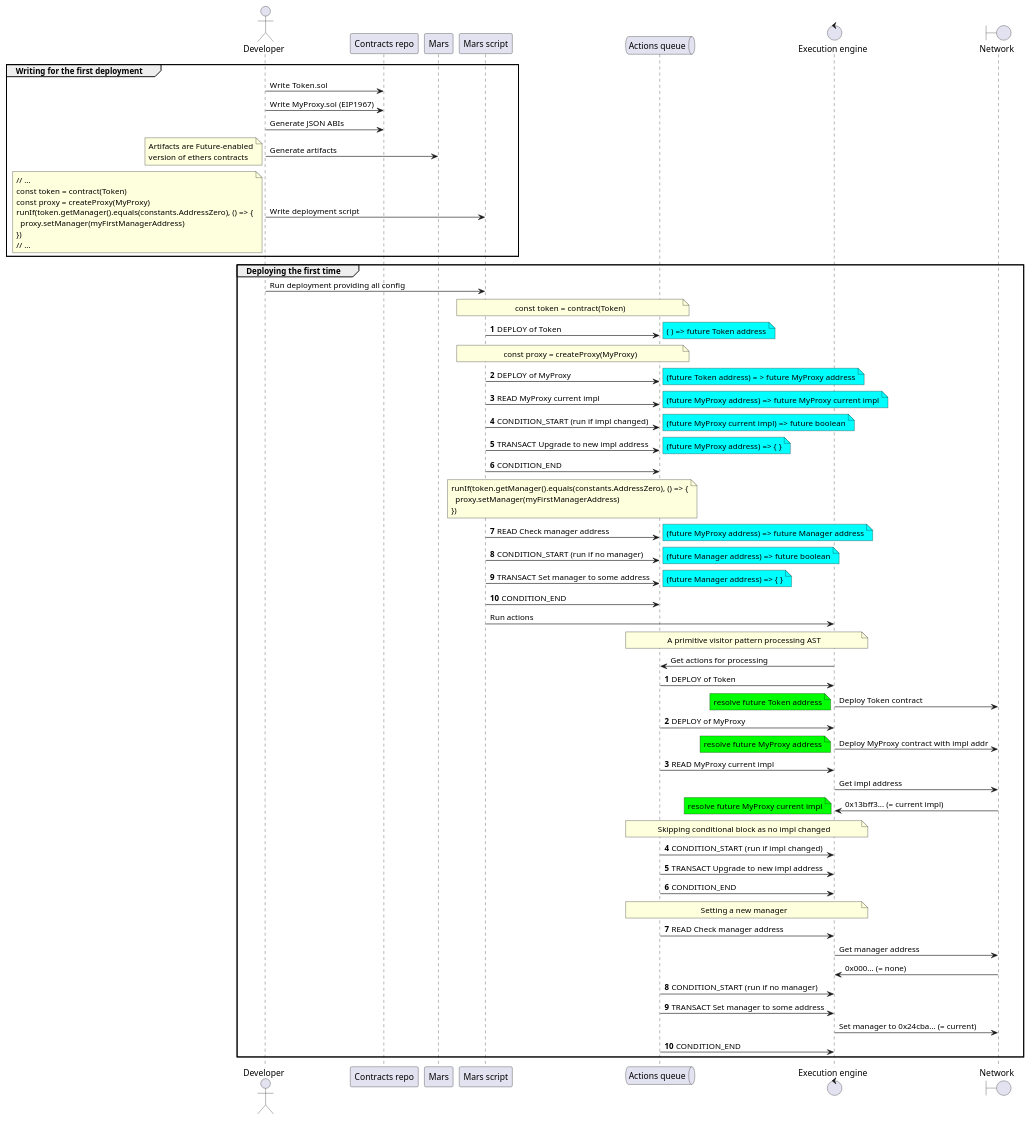
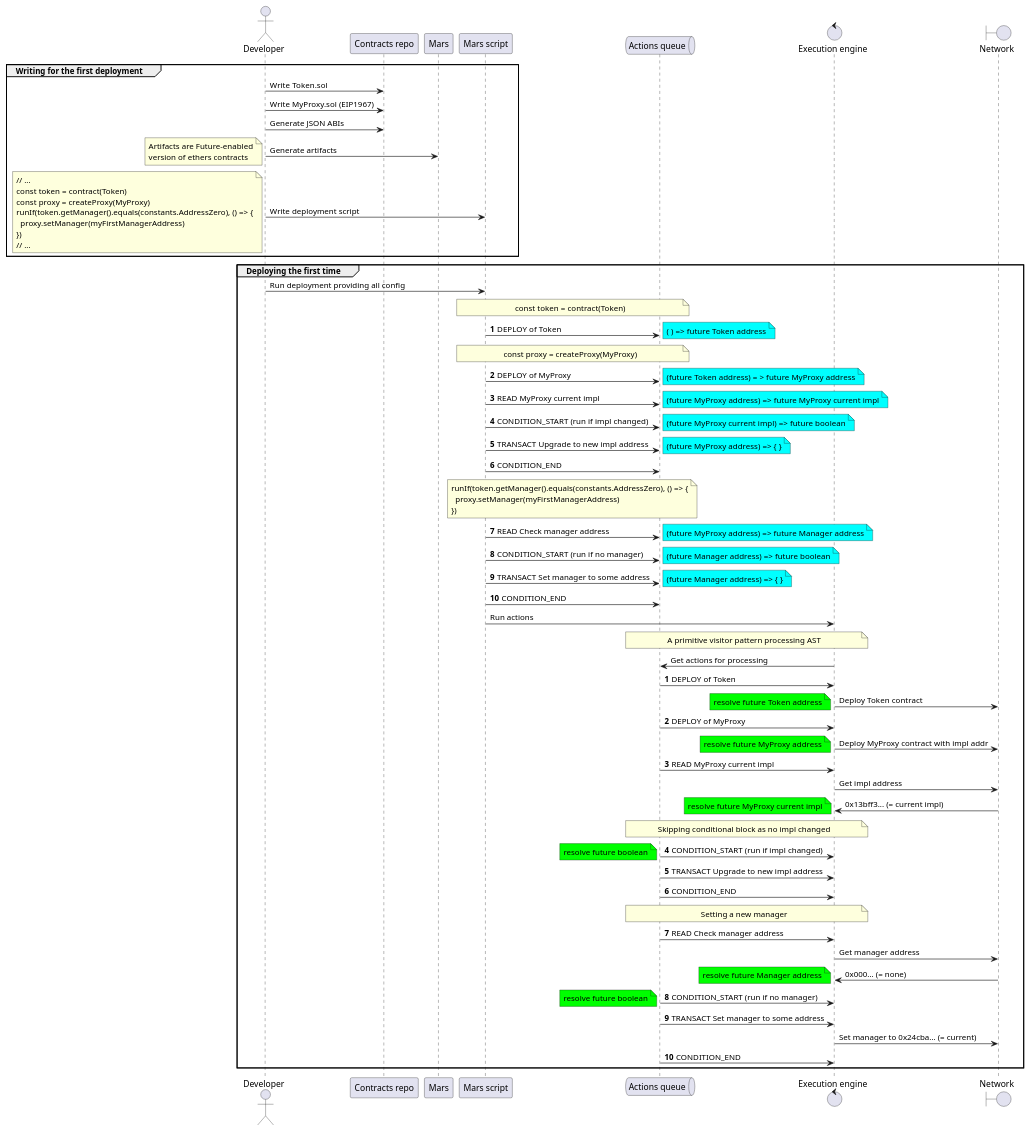
Before and after one commit to TrueFiEng/Mars: the diagram in docs/adr/uml/2022-01 Building vs executing.iuml, drawn with PlantUML.

Commit message:
Add plant uml building vs executing, v2

```diff
--- a/docs/adr/uml/2022-01 Building vs executing.iuml
+++ b/docs/adr/uml/2022-01 Building vs executing.iuml
@@ -2,99 +2,102 @@
 @startuml
 actor Developer as Dev
 participant "Contracts repo" as Repo
 participant "Mars" as Mars
 participant "Mars script" as Script
 queue "Actions queue" as Queue
 control "Execution engine" as Exe
 boundary "Network" as Network
 
 group Writing for the first deployment
 Dev -> Repo: Write Token.sol
 Dev -> Repo: Write MyProxy.sol (EIP1967)
 Dev -> Repo: Generate JSON ABIs
 Dev -> Mars: Generate artifacts
 note left
 Artifacts are Future-enabled
 version of ethers contracts
 end note
 Dev -> Script: Write deployment script
 note left
 // ...
 const token = contract(Token)
 const proxy = createProxy(MyProxy)
 runIf(token.getManager().equals(constants.AddressZero), () => {
   proxy.setManager(myFirstManagerAddress)
 })
 // ...
 end note
 end group
 
 group Deploying the first time
 Dev -> Script: Run deployment providing all config
 autonumber
 note over Script, Queue: const token = contract(Token)
 Script -> Queue: DEPLOY of Token
 note right #aqua: ( ) => future Token address
 note over Script, Queue: const proxy = createProxy(MyProxy)
 Script -> Queue: DEPLOY of MyProxy
 note right #aqua: (future Token address) = > future MyProxy address
 Script -> Queue: READ MyProxy current impl
 note right #aqua: (future MyProxy address) => future MyProxy current impl
 Script -> Queue: CONDITION_START (run if impl changed)
 note right #aqua: (future MyProxy current impl) => future boolean
 Script -> Queue: TRANSACT Upgrade to new impl address
 note right #aqua: (future MyProxy address) => { }
 Script -> Queue: CONDITION_END
 note over Script, Queue
 runIf(token.getManager().equals(constants.AddressZero), () => {
   proxy.setManager(myFirstManagerAddress)
 })
 end note
 Script -> Queue: READ Check manager address
 note right #aqua: (future MyProxy address) => future Manager address
 Script -> Queue: CONDITION_START (run if no manager)
 note right #aqua: (future Manager address) => future boolean
 Script -> Queue: TRANSACT Set manager to some address
 note right #aqua: (future Manager address) => { }
 Script -> Queue: CONDITION_END
 autonumber stop
 Script -> Exe: Run actions
 note over Queue, Exe: A primitive visitor pattern processing AST
 Exe -> Queue: Get actions for processing
 autonumber
 Queue -> Exe: DEPLOY of Token
 autonumber stop
 Exe -> Network: Deploy Token contract
 note left #lime: resolve future Token address
 autonumber resume
 Queue -> Exe: DEPLOY of MyProxy
 autonumber stop
 Exe -> Network: Deploy MyProxy contract with impl addr
 note left #lime: resolve future MyProxy address
 autonumber resume
 Queue -> Exe: READ MyProxy current impl
 autonumber stop
 Exe -> Network: Get impl address
 Network -> Exe: 0x13bff3... (= current impl)
 note left #lime: resolve future MyProxy current impl
 autonumber resume
 note over Queue, Exe: Skipping conditional block as no impl changed
 Queue -> Exe: CONDITION_START (run if impl changed)
+note left #lime: resolve future boolean
 Queue -> Exe: TRANSACT Upgrade to new impl address
 Queue -> Exe: CONDITION_END
 note over Queue, Exe: Setting a new manager
 Queue -> Exe: READ Check manager address
 autonumber stop
 Exe -> Network: Get manager address
 Network -> Exe: 0x000... (= none)
+note left #lime: resolve future Manager address
 autonumber resume
 Queue -> Exe: CONDITION_START (run if no manager)
+note left #lime: resolve future boolean
 Queue -> Exe: TRANSACT Set manager to some address
 autonumber stop
 Exe -> Network: Set manager to 0x24cba... (= current)
 autonumber resume
 Queue -> Exe: CONDITION_END
 autonumber stop
 end group
 
 @enduml
```
